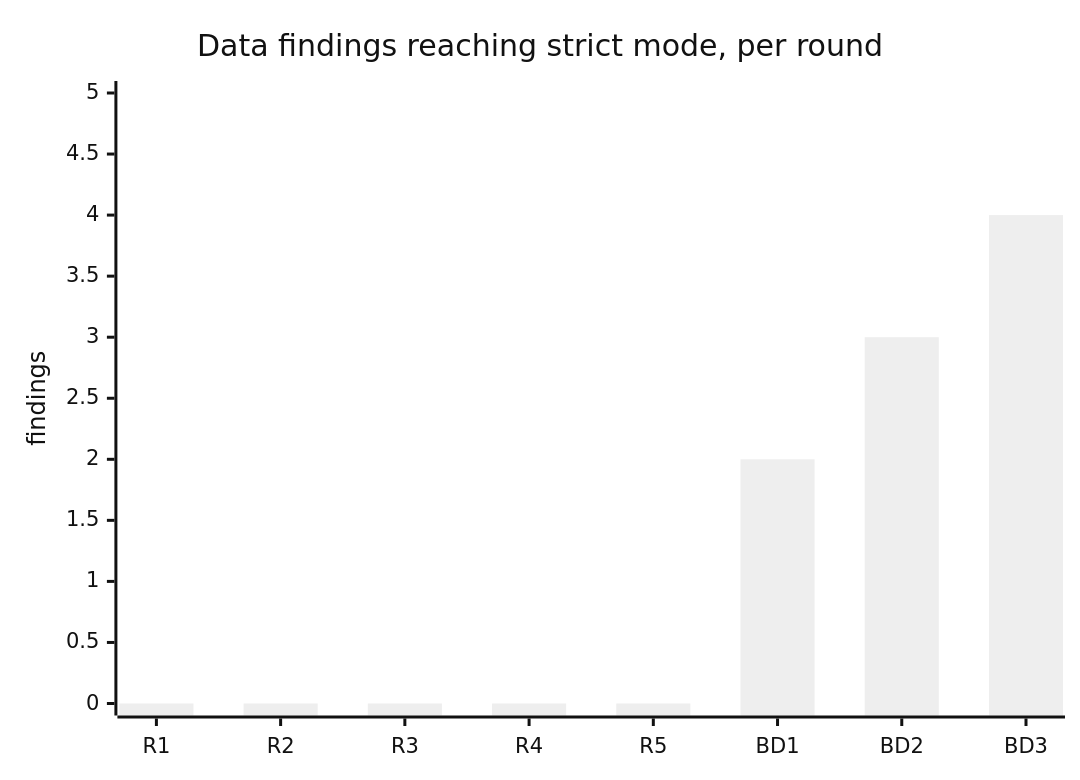
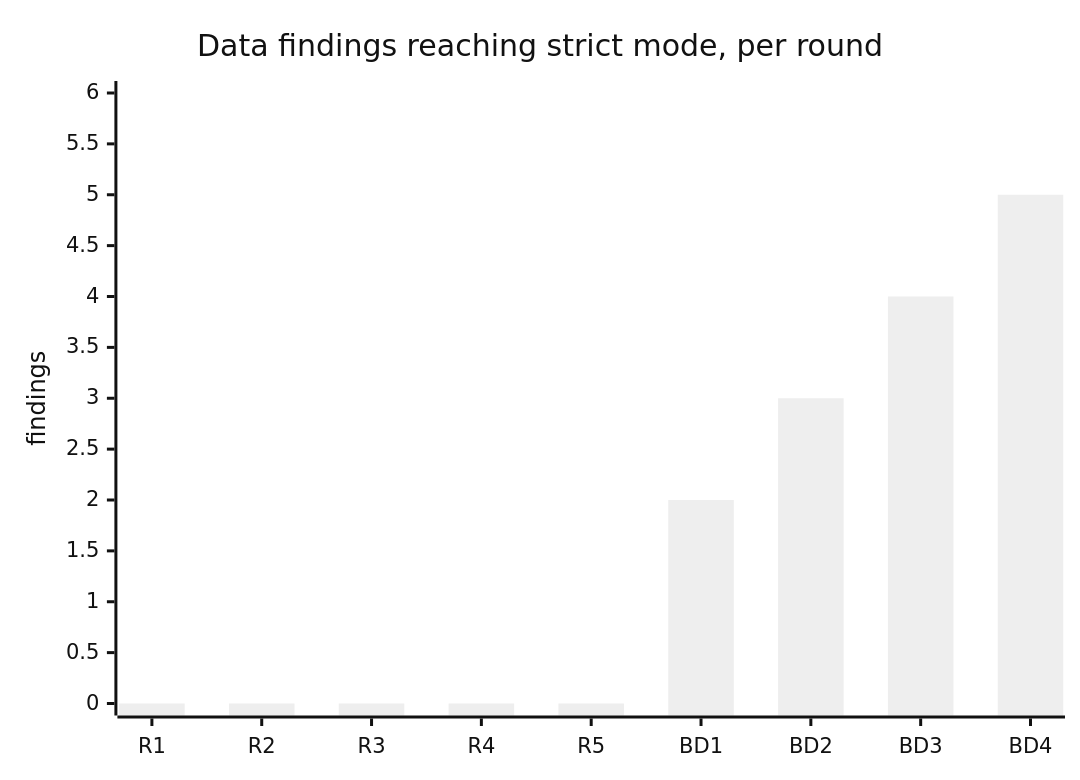
The diagram in docs/research/22_review_trajectory/README.md (MentalGear/web-sandbox), drawn with Mermaid (neutral theme) before and after one commit. The commit also changed other lines of this file and 23 other files, not shown here.

````diff
--- a/docs/research/22_review_trajectory/README.md
+++ b/docs/research/22_review_trajectory/README.md
@@ -37,7 +45,7 @@
 ```mermaid
 xychart-beta
     title "Data findings reaching strict mode, per round"
-    x-axis [R1, R2, R3, R4, R5, BD1, BD2, BD3]
-    y-axis "findings" 0 --> 5
-    bar [0, 0, 0, 0, 0, 2, 3, 4]
+    x-axis [R1, R2, R3, R4, R5, BD1, BD2, BD3, BD4]
+    y-axis "findings" 0 --> 6
+    bar [0, 0, 0, 0, 0, 2, 3, 4, 5]
 ```
````
